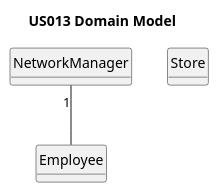
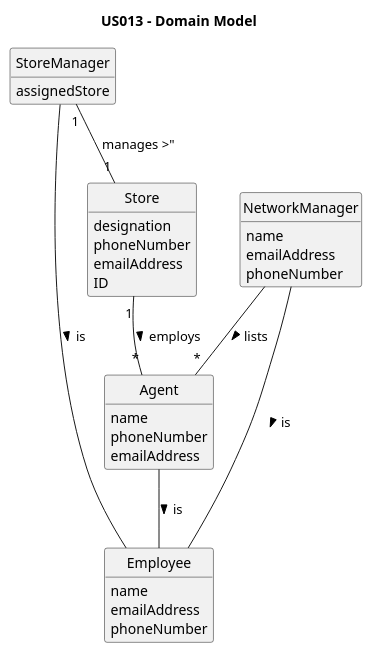
One commit to 1220812/LAPR2 changed the diagram in docs/sprintC/us013/02.analysis/puml/us013-domain-model.puml. Above: the diagram before and after it, drawn with PlantUML. The commit also changed 2 other files, not shown here.

Commit message:
Domain model us013 done

```diff
--- a/docs/sprintC/us013/02.analysis/puml/us013-domain-model.puml
+++ b/docs/sprintC/us013/02.analysis/puml/us013-domain-model.puml
@@ -1,27 +1,49 @@
 @startuml
 skinparam monochrome true
 skinparam packageStyle rectangle
 skinparam shadowing false
 
 'left to right direction
 
 hide circle
 hide methods
 
-title US013 Domain Model
+title US013 - Domain Model
 
-class NetworkManager {
+class Store{
+designation
+phoneNumber
+emailAddress
+ID
 }
 
-class Employee {
+class Agent{
+name
+phoneNumber
+emailAddress
 }
 
-class Store {
+class StoreManager{
+assignedStore
 }
 
+class Employee{
+name
+emailAddress
+phoneNumber
+}
 
-NetworkManager "1" -- Employee
+class NetworkManager{
+name
+emailAddress
+phoneNumber
+}
 
-
+StoreManager "1" -- "1" Store : manages >"
+Store "1" -- "*" Agent : employs >
+StoreManager -- Employee : is >
+Agent -- Employee : is >
+NetworkManager -- Employee : is >
+NetworkManager -- "*" Agent : lists >
 
 @enduml
```
